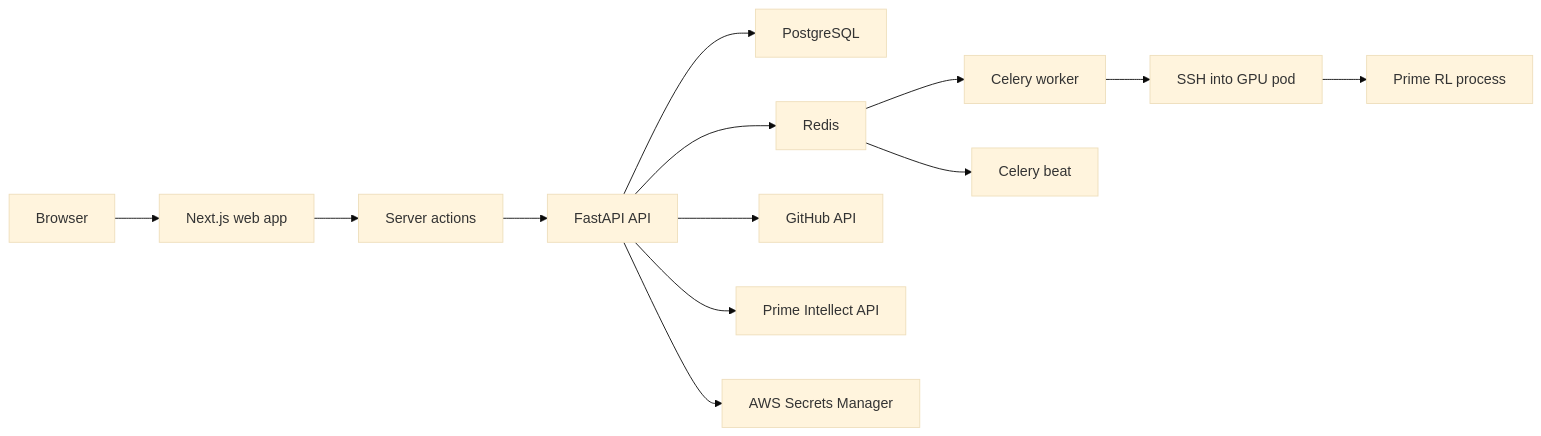
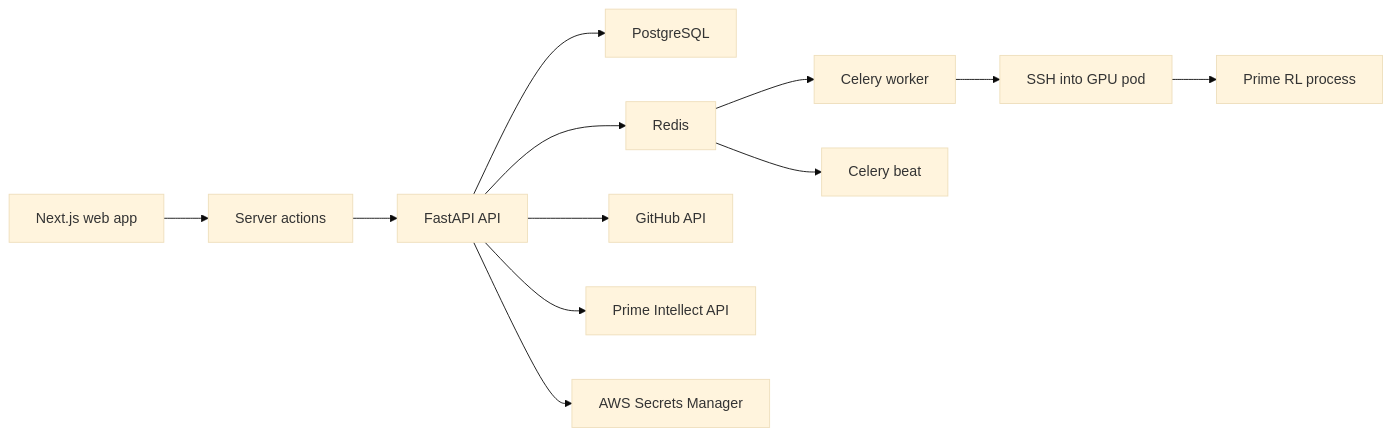
Before and after one commit to 13point5/rlx: the diagram in README.md, drawn with Mermaid (base theme).

Commit message:
Tighten README architecture diagram

````diff
--- a/README.md
+++ b/README.md
@@ -58,15 +58,14 @@
 ```mermaid
 flowchart LR
-  Browser["Browser"] --> Web["Next.js web app"]
-  Web --> Actions["Server actions"]
+  Web["Next.js web app"] --> Actions["Server actions"]
   Actions --> API["FastAPI API"]
   API --> Postgres["PostgreSQL"]
   API --> Redis["Redis"]
   Redis --> Worker["Celery worker"]
   Redis --> Beat["Celery beat"]
   API --> GitHub["GitHub API"]
   API --> Prime["Prime Intellect API"]
   API --> Secrets["AWS Secrets Manager"]
   Worker --> SSH["SSH into GPU pod"]
   SSH --> PrimeRL["Prime RL process"]
 ```
````
